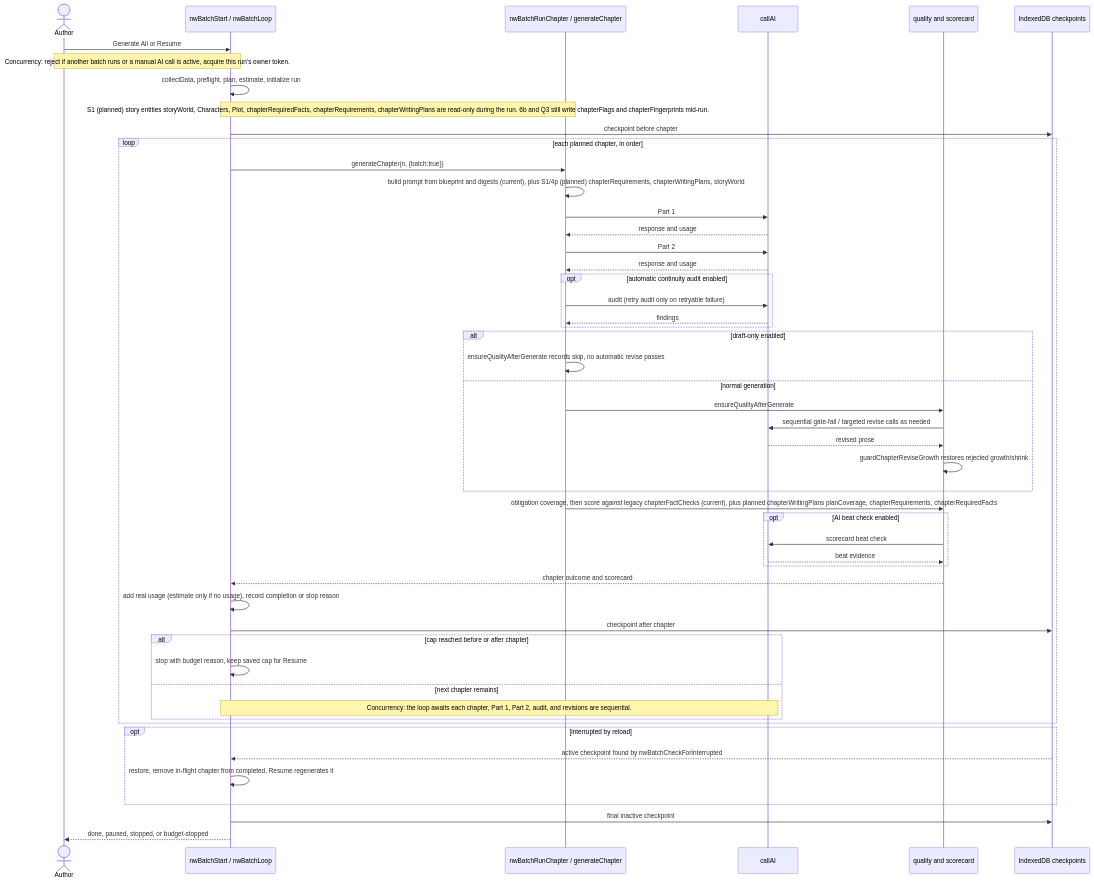
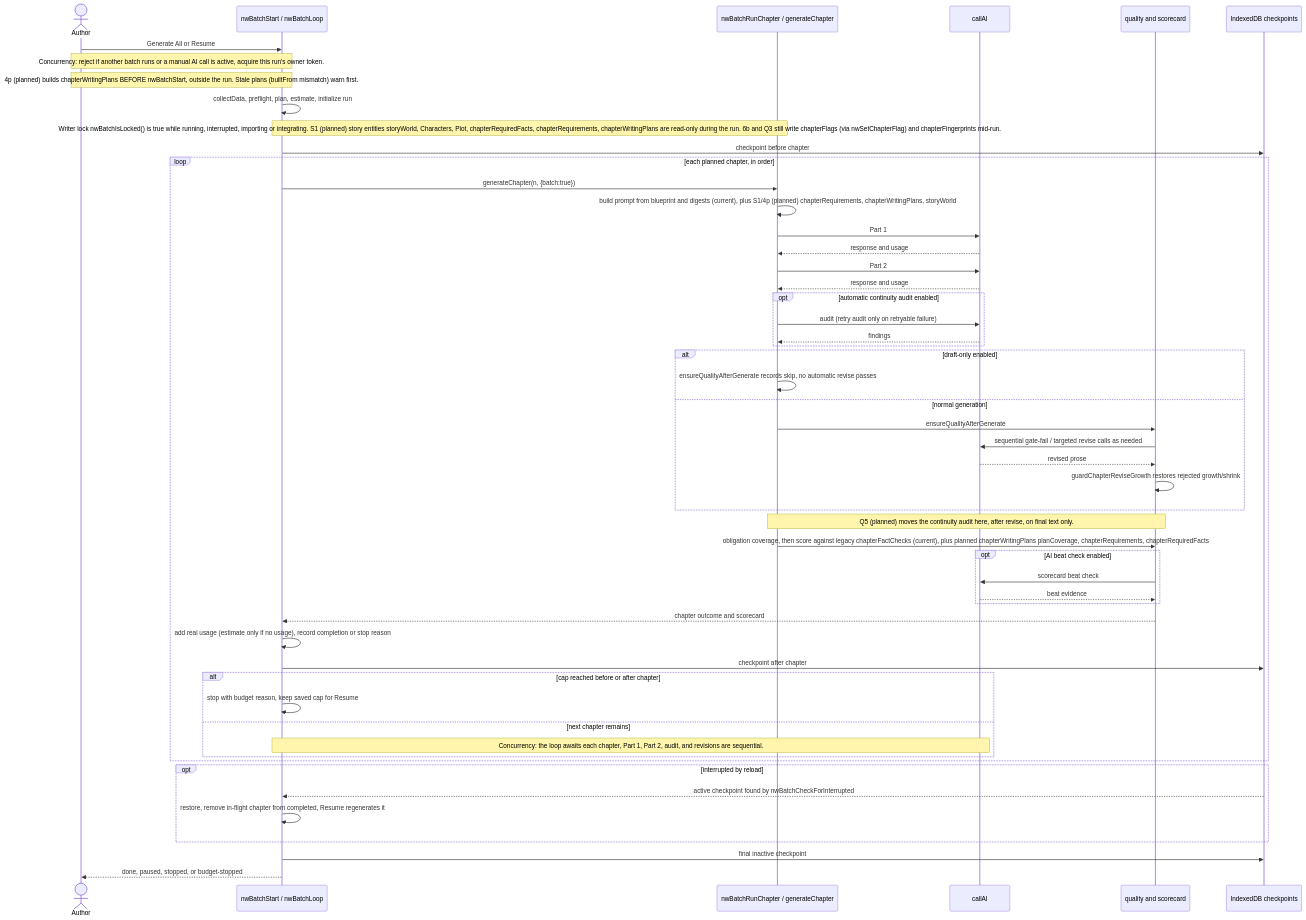
One commit to bnorth12/AI-Book-Tools changed the second of 8 diagrams in NovelWriter/docs/ARCHITECTURE.md. Above: the diagram before and after it, drawn with Mermaid. The commit also changed other lines of this file, not shown here.

Commit message:
A1 docs: ARCHITECTURE.md v7 (CoS coherence items: builtFrom, blueprint precedence, lazy chapterFlags, replay, ledger out of scope)

````diff
--- a/NovelWriter/docs/ARCHITECTURE.md
+++ b/NovelWriter/docs/ARCHITECTURE.md
@@ -118,54 +118,56 @@
 ```mermaid
 sequenceDiagram
     actor Author
     participant Batch as nwBatchStart / nwBatchLoop
     participant Chapter as nwBatchRunChapter / generateChapter
     participant AI as callAI
     participant Quality as quality and scorecard
     participant IDB as IndexedDB checkpoints
 
     Author->>Batch: Generate All or Resume
     Note over Author,Batch: Concurrency: reject if another batch runs or a manual AI call is active, acquire this run's owner token.
+    Note over Author,Batch: 4p (planned) builds chapterWritingPlans BEFORE nwBatchStart, outside the run. Stale plans (builtFrom mismatch) warn first.
     Batch->>Batch: collectData, preflight, plan, estimate, initialize run
-    Note over Batch,Chapter: S1 (planned) story entities storyWorld, Characters, Plot, chapterRequiredFacts, chapterRequirements, chapterWritingPlans are read-only during the run. 6b and Q3 still write chapterFlags and chapterFingerprints mid-run.
+    Note over Batch,Chapter: Writer lock nwBatchIsLocked() is true while running, interrupted, importing or integrating. S1 (planned) story entities storyWorld, Characters, Plot, chapterRequiredFacts, chapterRequirements, chapterWritingPlans are read-only during the run. 6b and Q3 still write chapterFlags (via nwSetChapterFlag) and chapterFingerprints mid-run.
     Batch->>IDB: checkpoint before chapter
     loop each planned chapter, in order
         Batch->>Chapter: generateChapter(n, {batch:true})
         Chapter->>Chapter: build prompt from blueprint and digests (current), plus S1/4p (planned) chapterRequirements, chapterWritingPlans, storyWorld
         Chapter->>AI: Part 1
         AI-->>Chapter: response and usage
         Chapter->>AI: Part 2
         AI-->>Chapter: response and usage
         opt automatic continuity audit enabled
             Chapter->>AI: audit (retry audit only on retryable failure)
             AI-->>Chapter: findings
         end
         alt draft-only enabled
             Chapter->>Chapter: ensureQualityAfterGenerate records skip, no automatic revise passes
         else normal generation
             Chapter->>Quality: ensureQualityAfterGenerate
             Quality->>AI: sequential gate-fail / targeted revise calls as needed
             AI-->>Quality: revised prose
             Quality->>Quality: guardChapterReviseGrowth restores rejected growth/shrink
         end
+        Note over Chapter,Quality: Q5 (planned) moves the continuity audit here, after revise, on final text only.
         Chapter->>Quality: obligation coverage, then score against legacy chapterFactChecks (current), plus planned chapterWritingPlans planCoverage, chapterRequirements, chapterRequiredFacts
         opt AI beat check enabled
             Quality->>AI: scorecard beat check
             AI-->>Quality: beat evidence
         end
         Quality-->>Batch: chapter outcome and scorecard
         Batch->>Batch: add real usage (estimate only if no usage), record completion or stop reason
         Batch->>IDB: checkpoint after chapter
         alt cap reached before or after chapter
             Batch->>Batch: stop with budget reason, keep saved cap for Resume
         else next chapter remains
             Note over Batch,AI: Concurrency: the loop awaits each chapter, Part 1, Part 2, audit, and revisions are sequential.
         end
     end
     opt interrupted by reload
         IDB-->>Batch: active checkpoint found by nwBatchCheckForInterrupted
         Batch->>Batch: restore, remove in-flight chapter from completed, Resume regenerates it
     end
     Batch->>IDB: final inactive checkpoint
     Batch-->>Author: done, paused, stopped, or budget-stopped
 ```
````
